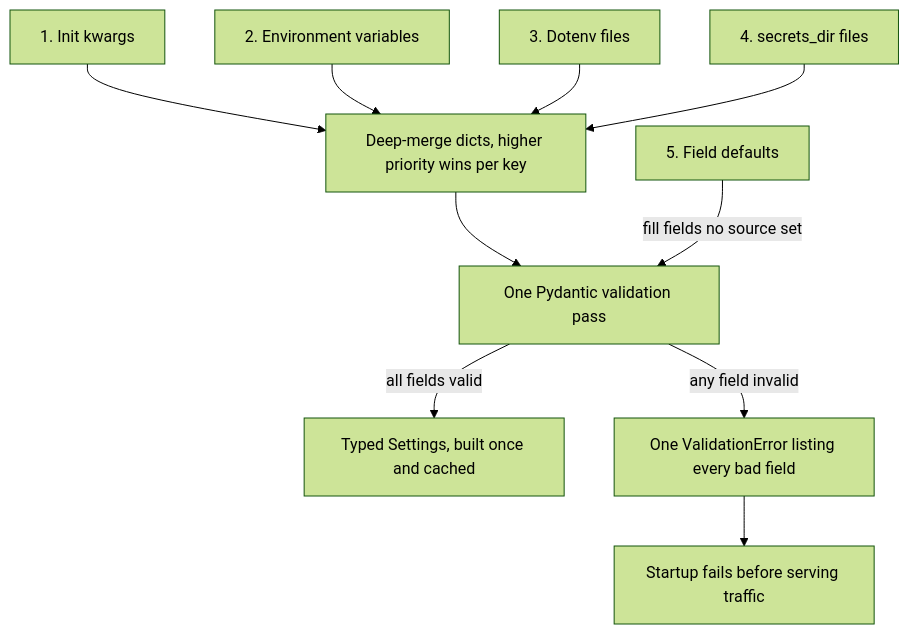
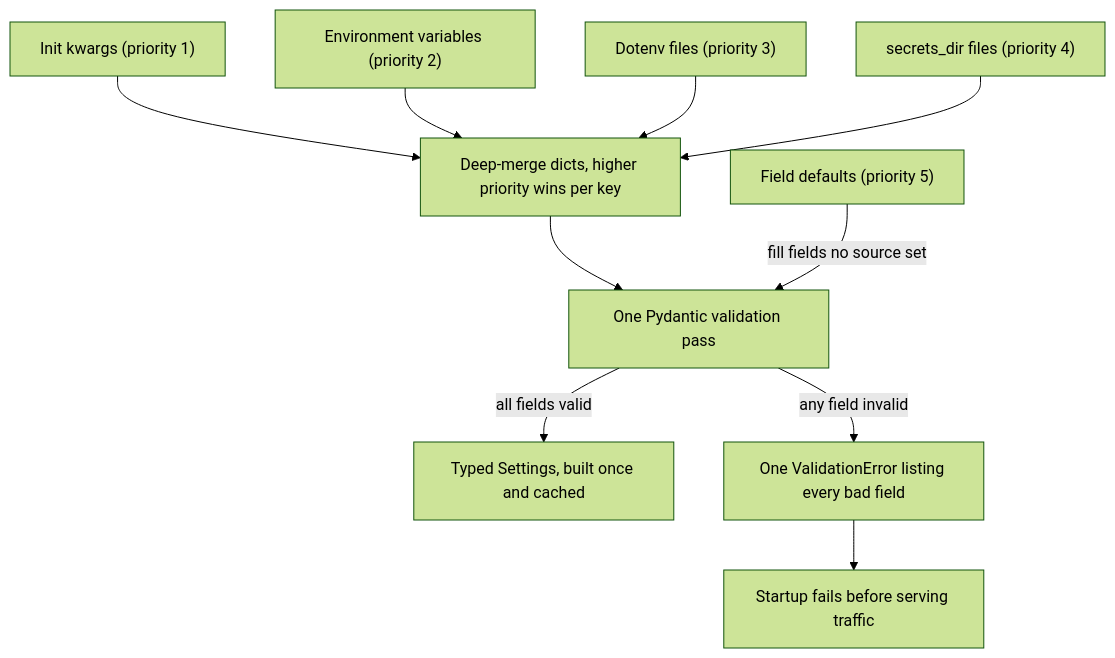
One commit to lovishmahajan97/agentic-learning changed the diagram in content/python-for-ai/pydantic-settings.md. Above: the diagram before and after it, drawn with Mermaid (forest theme). The commit also changed other lines of this file and 81 other files, not shown here.

````diff
--- a/content/python-for-ai/pydantic-settings.md
+++ b/content/python-for-ai/pydantic-settings.md
@@ -109,12 +109,12 @@
 ```mermaid
 flowchart TD
-    I["1. Init kwargs"] --> M["Deep-merge dicts, higher priority wins per key"]
-    E["2. Environment variables"] --> M
-    D["3. Dotenv files"] --> M
-    S["4. secrets_dir files"] --> M
+    I["Init kwargs (priority 1)"] --> M["Deep-merge dicts, higher priority wins per key"]
+    E["Environment variables (priority 2)"] --> M
+    D["Dotenv files (priority 3)"] --> M
+    S["secrets_dir files (priority 4)"] --> M
     M --> V["One Pydantic validation pass"]
-    F["5. Field defaults"] -->|"fill fields no source set"| V
+    F["Field defaults (priority 5)"] -->|"fill fields no source set"| V
     V -->|"all fields valid"| OK["Typed Settings, built once and cached"]
     V -->|"any field invalid"| ERR["One ValidationError listing every bad field"]
     ERR --> X["Startup fails before serving traffic"]
 ```
````
